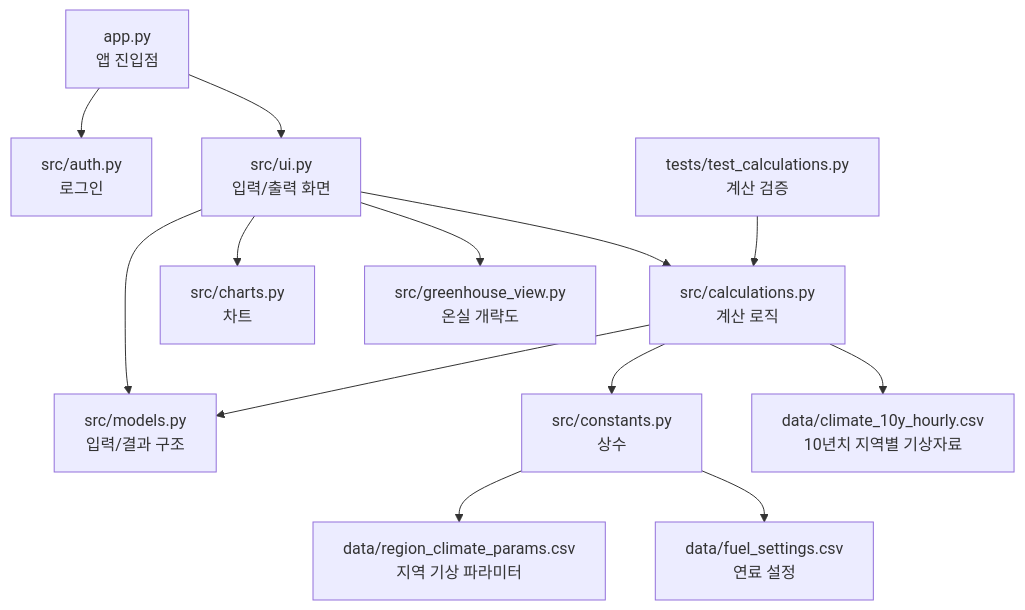
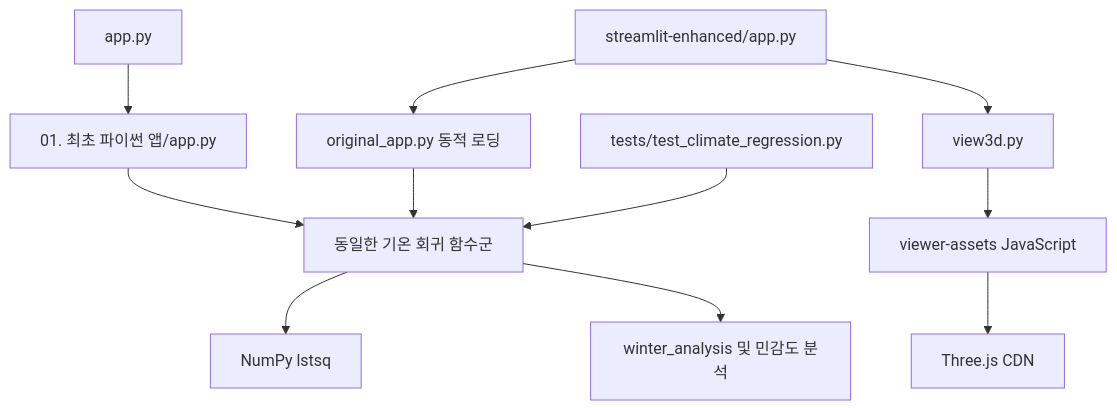
The fourth of 5 diagrams in 01. 최초 파이썬 앱/APP_BLUEPRINT.md (kuk-jong/fig-heating-decision-app), drawn with Mermaid before and after one commit. The commit also changed other lines of this file and 11 other files, not shown here.

Commit message:
Update UML, climate specification and runnable synthetic CSV for v0.5

````diff
--- a/01. 최초 파이썬 앱/APP_BLUEPRINT.md
+++ b/01. 최초 파이썬 앱/APP_BLUEPRINT.md
@@ -424,28 +444,13 @@
 ```mermaid
-flowchart TB
-    App["app.py<br/>앱 진입점"]
-    Auth["src/auth.py<br/>로그인"]
-    UI["src/ui.py<br/>입력/출력 화면"]
-    Calc["src/calculations.py<br/>계산 로직"]
-    Models["src/models.py<br/>입력/결과 구조"]
-    Constants["src/constants.py<br/>상수"]
-    Charts["src/charts.py<br/>차트"]
-    GreenhouseView["src/greenhouse_view.py<br/>온실 개략도"]
-    ClimateCsv["data/region_climate_params.csv<br/>지역 기상 파라미터"]
-    Climate10y["data/climate_10y_hourly.csv<br/>10년치 지역별 기상자료"]
-    FuelCsv["data/fuel_settings.csv<br/>연료 설정"]
-    Tests["tests/test_calculations.py<br/>계산 검증"]
-
-    App --> Auth
-    App --> UI
-    UI --> Models
-    UI --> Calc
-    UI --> Charts
-    UI --> GreenhouseView
-    Calc --> Models
-    Calc --> Constants
-    Calc --> Climate10y
-    Constants --> ClimateCsv
-    Constants --> FuelCsv
-    Tests --> Calc
+flowchart TD
+    rootEntry["app.py"] --> originalCore["01. 최초 파이썬 앱/app.py"]
+    enhancedEntry["streamlit-enhanced/app.py"] --> enhancedCore["original_app.py 동적 로딩"]
+    originalCore --> climateFunctions["동일한 기온 회귀 함수군"]
+    enhancedCore --> climateFunctions
+    climateFunctions --> numpyFit["NumPy lstsq"]
+    climateFunctions --> heating["winter_analysis 및 민감도 분석"]
+    enhancedEntry --> viewComponent["view3d.py"]
+    viewComponent --> viewerAssets["viewer-assets JavaScript"]
+    viewerAssets --> threeCdn["Three.js CDN"]
+    regressionTests["tests/test_climate_regression.py"] --> climateFunctions
 ```
````
